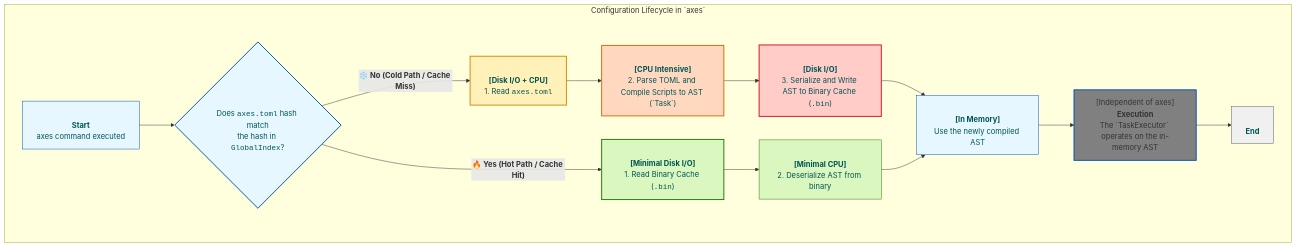
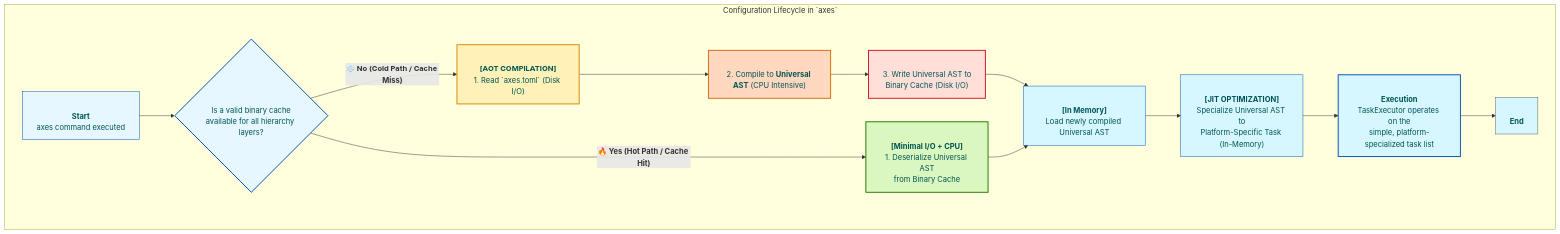
Before and after one commit to RetypeOS/axes: the first of 3 diagrams in TECHNICAL.md, drawn with Mermaid. The commit also changed other lines of this file and 14 other files, not shown here.

````diff
--- a/TECHNICAL.md
+++ b/TECHNICAL.md
@@ -55,36 +55,35 @@
 ```mermaid
 graph TD
     subgraph "Configuration Lifecycle in `axes`"
+        A["<br><b>Start</b><br>axes command executed"] --> B{"<br>Is a valid binary cache<br>available for all hierarchy layers?"};
+
+        B -- "<b>❄️ No (Cold Path / Cache Miss)</b>" --> C_IO["<br><b>[AOT COMPILATION]</b><br>1. Read `axes.toml` (Disk I/O)"]
+        C_IO --> C_CPU["<br>2. Compile to <b>Universal AST</b> (CPU Intensive)"]
+        C_CPU --> D_IO["<br>3. Write Universal AST to<br>Binary Cache (Disk I/O)"]
+        D_IO --> E["<br><b>[In Memory]</b><br>Load newly compiled Universal AST"]
         
-        A["<br><b>Start</b><br>axes command executed"] --> B{"<br>Does <code>axes.toml</code> hash match<br>the hash in <code>GlobalIndex</code>?"}
-
-        B -- "<b>❄️ No (Cold Path / Cache Miss)</b>" --> C_IO["<br><b>[Disk I/O + CPU]</b><br>1. Read <code>axes.toml</code>"]
-        C_IO --> C_CPU["<br><b>[CPU Intensive]</b><br>2. Parse TOML and Compile Scripts to AST (`Task`)"]
-        C_CPU --> D_IO["<br><b>[Disk I/O]</b><br>3. Serialize and Write AST to Binary Cache (<code>.bin</code>)"]
-        D_IO --> E["<br><b>[In Memory]</b><br>Use the newly compiled AST"]
+        B -- "<b>🔥 Yes (Hot Path / Cache Hit)</b>" --> H_IO["<br><b>[Minimal I/O + CPU]</b><br>1. Deserialize Universal AST<br>from Binary Cache"]
+        H_IO --> E
         
-        B -- "<b>🔥 Yes (Hot Path / Cache Hit)</b>" --> H_IO["<br><b>[Minimal Disk I/O]</b><br>1. Read Binary Cache (<code>.bin</code>)"]
-        H_IO --> H_CPU["<br><b>[Minimal CPU]</b><br>2. Deserialize AST from binary"]
-        H_CPU --> E
+        E --> I_JIT["<br><b>[JIT OPTIMIZATION]</b><br>Specialize Universal AST to<br>Platform-Specific Task (In-Memory)"]
         
-        E --> F["[Independent of axes]<br><b>Execution</b><br>The `TaskExecutor` operates on the in-memory AST"]
+        I_JIT --> F["<br><b>Execution</b><br>TaskExecutor operates on the<br>simple, platform-specialized task list"]
         F --> G["<br><b>End</b><br>"]
-
     end
 
     %% Low-cost nodes (in-memory operations, decisions)
     style A fill:#e6f7ff,stroke:#0050b3,stroke-width:1px,color:#055
     style B fill:#e6f7ff,stroke:#0050b3,stroke-width:2px,color:#055
-    style E fill:#e6f7ff,stroke:#0050b3,stroke-width:1px,color:#055
-    style F fill:#808080,stroke:#0050b3,stroke-width:2px
-    style G fill:#f0f0f0,stroke:#595959,stroke-width:1px,color:#055
+    style E fill:#d6f7ff,stroke:#0050b3,stroke-width:1px,color:#055
+    style I_JIT fill:#d6f7ff,stroke:#0050b3,stroke-width:1px,color:#055
+    style F fill:#d6f7ff,stroke:#0050b3,stroke-width:2px,color:#055
+    style G fill:#d6f7ff,stroke:#595959,stroke-width:1px,color:#055
 
     %% Hot Path Nodes (Optimized I/O and CPU)
     style H_IO fill:#d9f7be,stroke:#237804,stroke-width:2px,color:#055
-    style H_CPU fill:#d9f7be,stroke:#237804,stroke-width:1px,color:#055
     
     %% Cold Path Nodes (High Cost)
     style C_IO fill:#fff1b8,stroke:#d48806,stroke-width:2px,color:#055
     style C_CPU fill:#ffd8bf,stroke:#d46b08,stroke-width:2px,color:#055
-    style D_IO fill:#ffccc7,stroke:#cf1322,stroke-width:2px,color:#055
+    style D_IO fill:#ffdfd7,stroke:#cf1322,stroke-width:2px,color:#055
 ```
````
